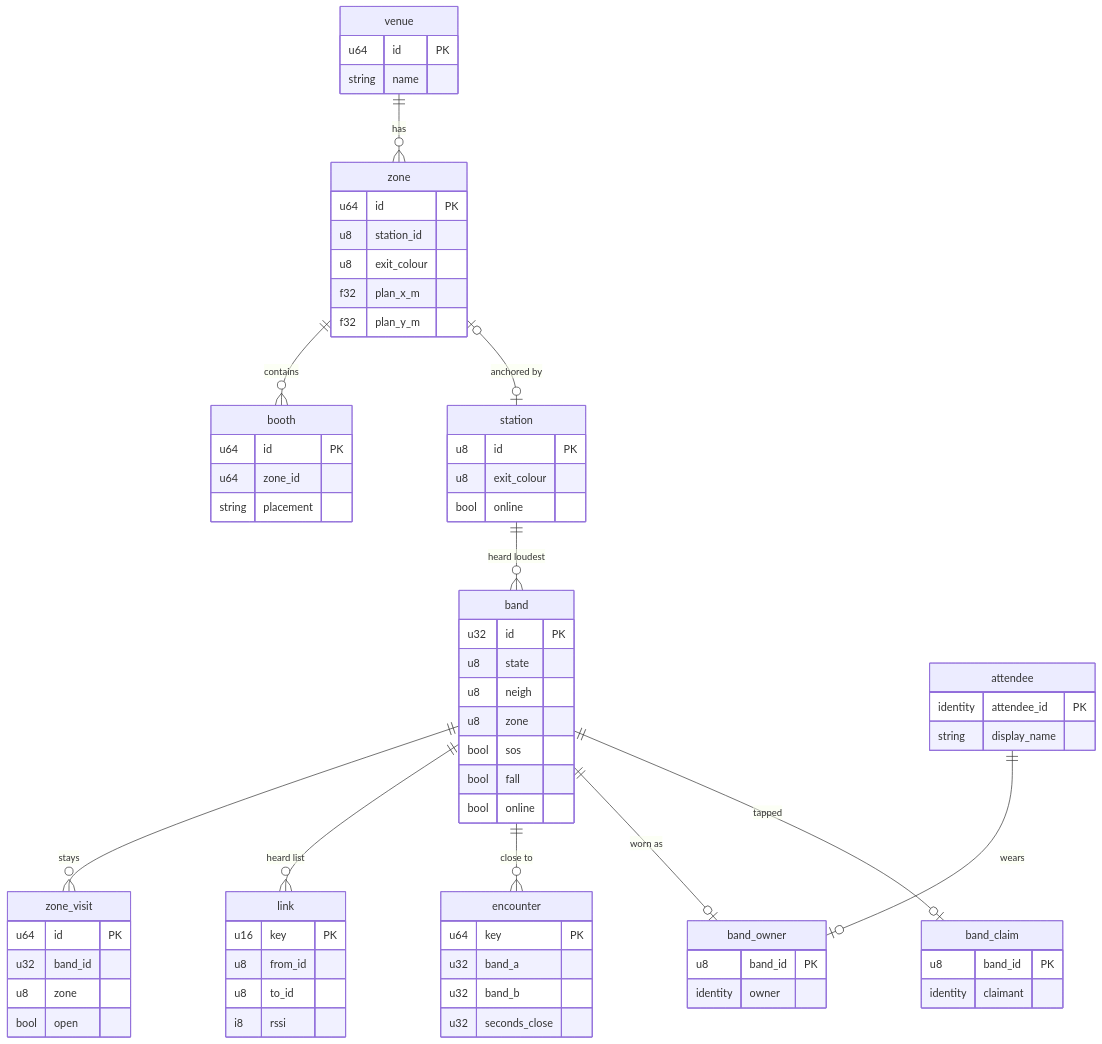
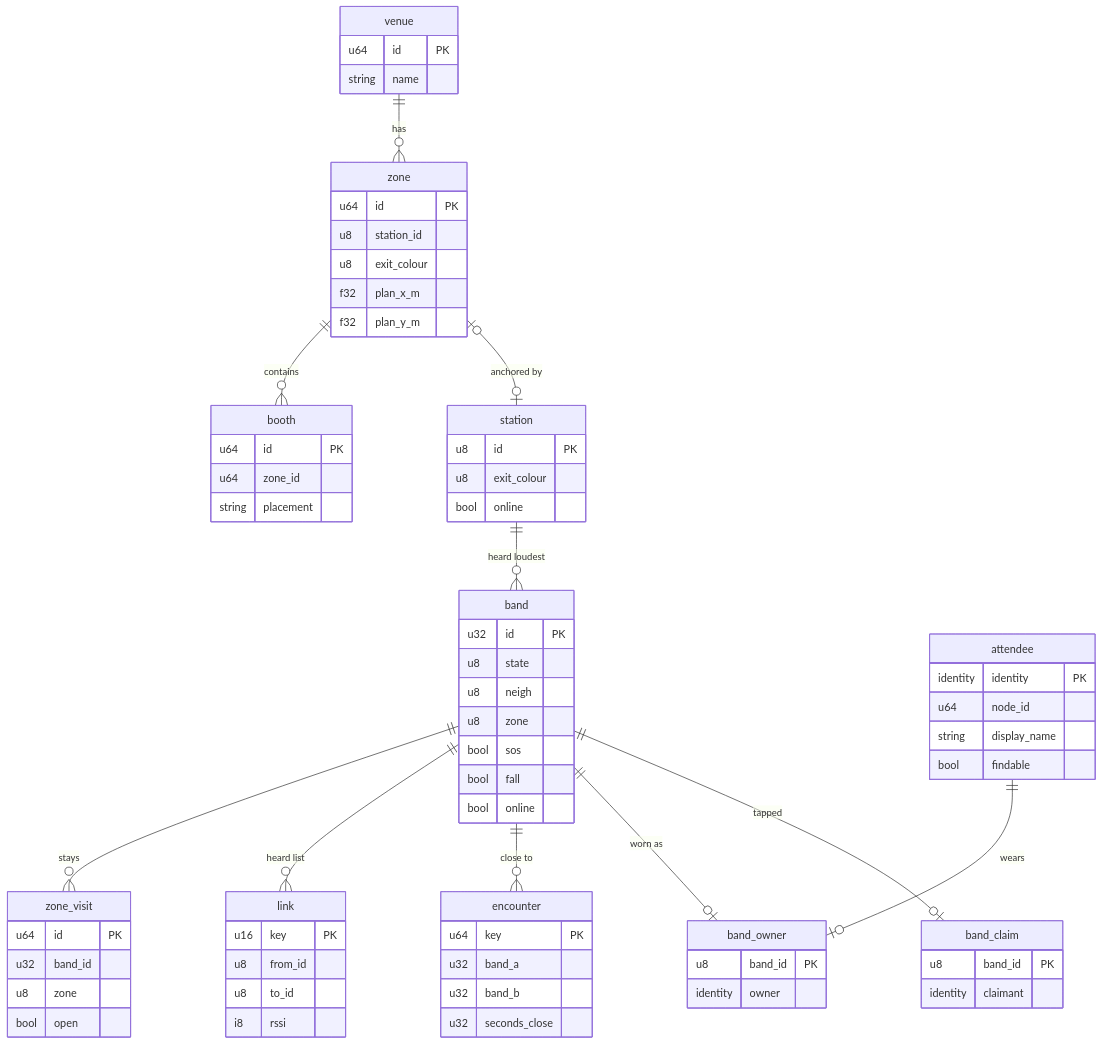
The second of 4 diagrams in System Design/2-data/SpacetimeDB.md (viktorinkov/cal-hacks-13), drawn with Mermaid before and after one commit. The commit also changed other lines of this file and 5 other files, not shown here.

````diff
--- a/System Design/2-data/SpacetimeDB.md
+++ b/System Design/2-data/SpacetimeDB.md
@@ -479,73 +474,75 @@
 ```mermaid
 erDiagram
-  venue ||--o{ zone : has
-  zone ||--o{ booth : contains
+  venue ||--o{ zone : "has"
+  zone ||--o{ booth : "contains"
   zone |o--o| station : "anchored by"
   station ||--o{ band : "heard loudest"
-  band ||--o{ zone_visit : stays
+  band ||--o{ zone_visit : "stays"
   band ||--o{ link : "heard list"
   band ||--o{ encounter : "close to"
-  attendee ||--o| band_owner : wears
+  attendee ||--o| band_owner : "wears"
   band ||--o| band_owner : "worn as"
   band ||--o| band_claim : "tapped"
   venue {
     u64 id PK
     string name
   }
   zone {
     u64 id PK
     u8 station_id
     u8 exit_colour
     f32 plan_x_m
     f32 plan_y_m
   }
   booth {
     u64 id PK
     u64 zone_id
     string placement
   }
   station {
     u8 id PK
     u8 exit_colour
     bool online
   }
   band {
     u32 id PK
     u8 state
     u8 neigh
     u8 zone
     bool sos
     bool fall
     bool online
   }
   zone_visit {
     u64 id PK
     u32 band_id
     u8 zone
     bool open
   }
   link {
     u16 key PK
     u8 from_id
     u8 to_id
     i8 rssi
   }
   encounter {
     u64 key PK
     u32 band_a
     u32 band_b
     u32 seconds_close
   }
   attendee {
-    identity attendee_id PK
+    identity identity PK
+    u64 node_id
     string display_name
+    bool findable
   }
   band_owner {
     u8 band_id PK
     identity owner
   }
   band_claim {
     u8 band_id PK
     identity claimant
   }
 ```
````
